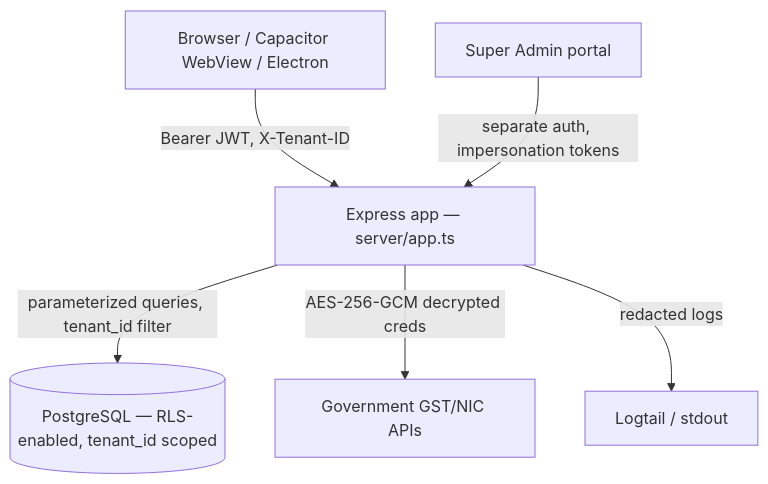
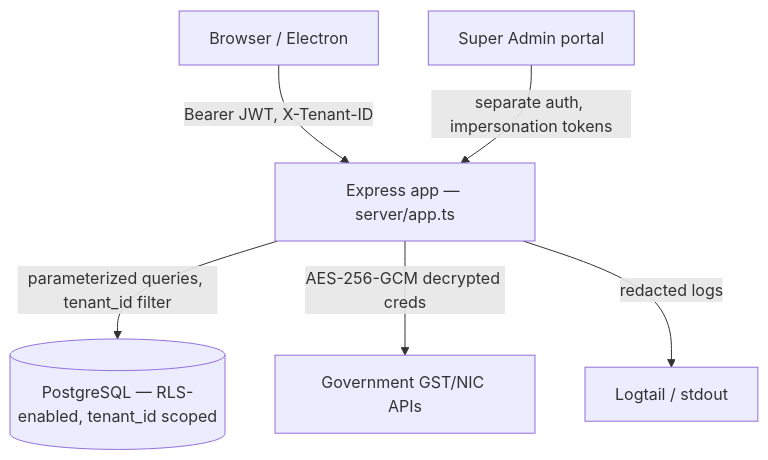
The first of 2 diagrams in engineering-academy/docs/security/threat-model.md (prathame/DG-ERP), drawn with Mermaid before and after one commit. The commit also changed 65 other files, not shown here.

````diff
--- a/engineering-academy/docs/security/threat-model.md
+++ b/engineering-academy/docs/security/threat-model.md
@@ -15,14 +15,14 @@
 ```mermaid
 graph TD
-    Browser[Browser / Capacitor WebView / Electron]
+    Browser[Browser / Electron]
     LB[Express app — server/app.ts]
     DB[(PostgreSQL — RLS-enabled, tenant_id scoped)]
     GST[Government GST/NIC APIs]
     SA[Super Admin portal]
 
     Browser -->|Bearer JWT, X-Tenant-ID| LB
     LB -->|parameterized queries, tenant_id filter| DB
     LB -->|AES-256-GCM decrypted creds| GST
     SA -->|separate auth, impersonation tokens| LB
     LB -->|redacted logs| Logtail[Logtail / stdout]
 ```
````
